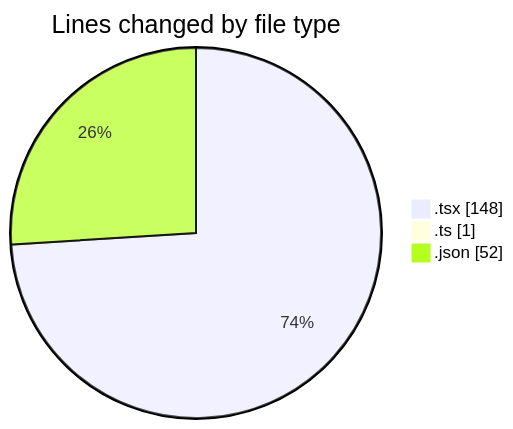
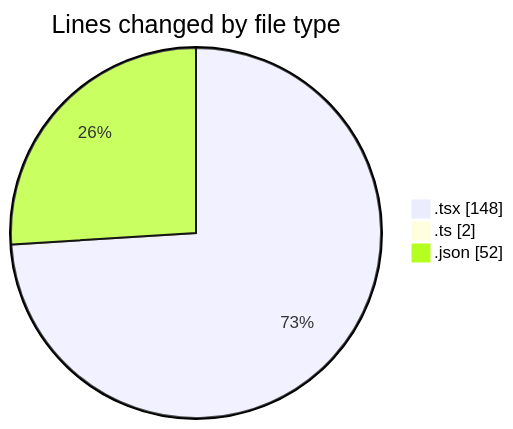
One commit to julien-gomy/code-tracking changed the first of 2 diagrams in 2025-10-21/eventscop-frontend-guide__workspace_/README.md. Above: the diagram before and after it, drawn with Mermaid. The commit also changed other lines of this file and 1 other file, not shown here.

````diff
--- a/2025-10-21/eventscop-frontend-guide__workspace_/README.md
+++ b/2025-10-21/eventscop-frontend-guide__workspace_/README.md
@@ -26,7 +26,7 @@
 ```mermaid
 pie showData
 title Lines changed by file type
 ".tsx" : 148
-".ts" : 1
+".ts" : 2
 ".json" : 52
 ```
````
